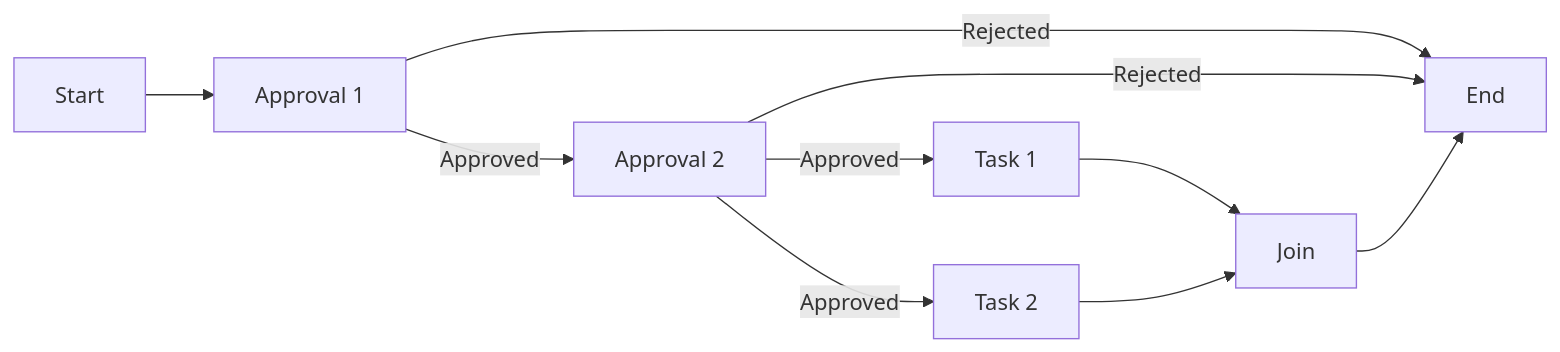
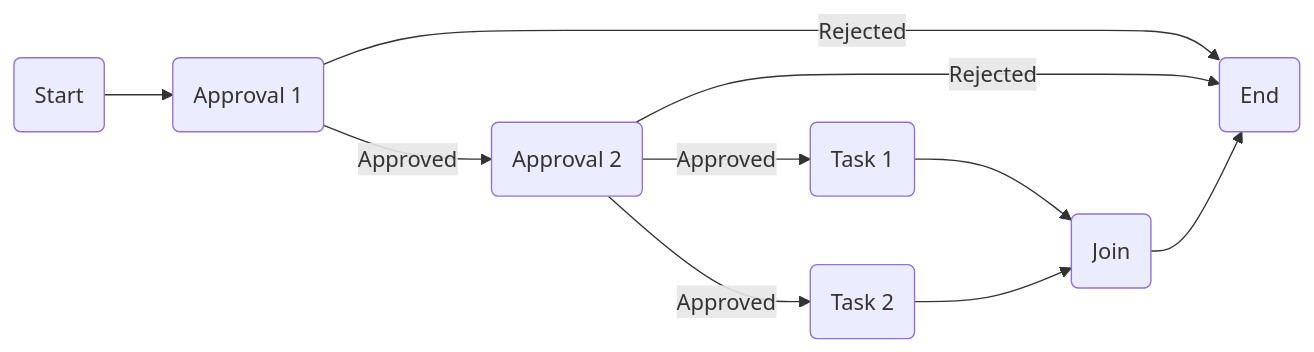
Before and after one commit to jacebenson/workflow: the diagram in public/mmd/2-approval-2-task-parallel.mmd, drawn with Mermaid. The commit also changed 9 other files, not shown here.

```diff
--- a/public/mmd/2-approval-2-task-parallel.mmd
+++ b/public/mmd/2-approval-2-task-parallel.mmd
@@ -1,18 +1,18 @@
 graph LR
-  S0[Start]
-  A1[Approval 1]
-  A2[Approval 2]
-  T1[Task 1]
-  T2[Task 2]
-  J0[Join]
-  E0[End]
+  S0(Start)
+  A1(Approval 1)
+  A2(Approval 2)
+  T1(Task 1)
+  T2(Task 2)
+  J0(Join)
+  E0(End)
   
   S0-->A1
   A1--Rejected-->E0
   A1--Approved-->A2
   A2--Approved-->T1
   A2--Approved-->T2
   A2--Rejected-->E0
   T1-->J0
   T2-->J0
   J0-->E0
```
